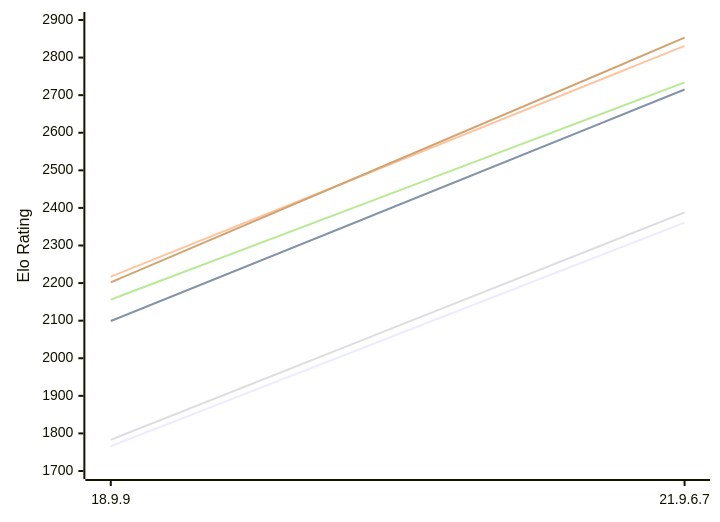
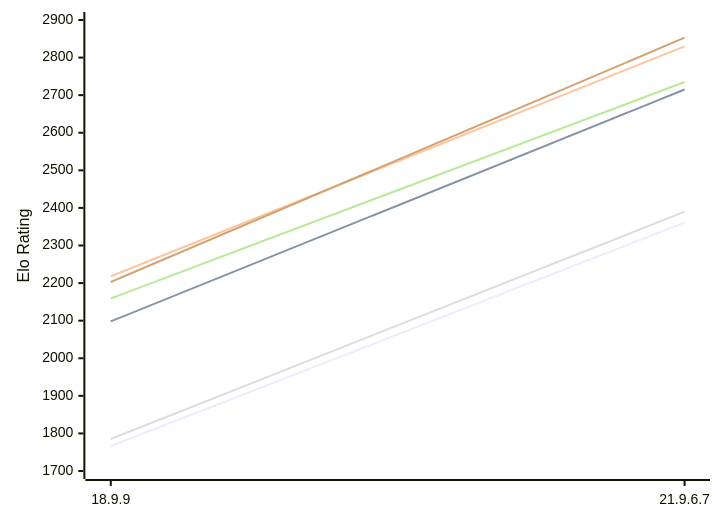
One commit to computer-chess-index/cci changed the diagram in engines/RuthIron.md. Above: the diagram before and after it, drawn with Mermaid. The commit also changed other lines of this file, not shown here.

Commit message:
Update CCI Ratings (ELO VLTC) - 2026-11-28

````diff
--- a/engines/RuthIron.md
+++ b/engines/RuthIron.md
@@ -49,12 +49,12 @@
 ```mermaid
 %%{init: {"theme":"base","themeVariables":{"seriesColors:['#a3a3a3','#222221','#faa371']}}}%%
 xychart-beta
   x-axis ["18.9.9", "21.9.6.7"]
   y-axis "Elo Rating" 1700 --> 2900
   line "E1: STC (8.0+0.08s)" [1766, 2361]
-  line "E1: LTC (60.0+0.60s)" [2099, 2715]
-  line "E1: VLTC (2m24s+1.12s)" [2217, 2831]
-  line "P1: STC (8.0+0.08s)" [1783, 2388]
-  line "P1: LTC (60.0+0.60s)" [2156, 2734]
-  line "P1: VLTC (2m24s+1.12s)" [2202, 2853]
+  line "E1: LTC (60.0+0.60s)" [2098, 2715]
+  line "E1: VLTC (2m24s+1.12s)" [2218, 2830]
+  line "P1: STC (8.0+0.08s)" [1785, 2390]
+  line "P1: LTC (60.0+0.60s)" [2159, 2735]
+  line "P1: VLTC (2m24s+1.12s)" [2203, 2853]
 ```
````
